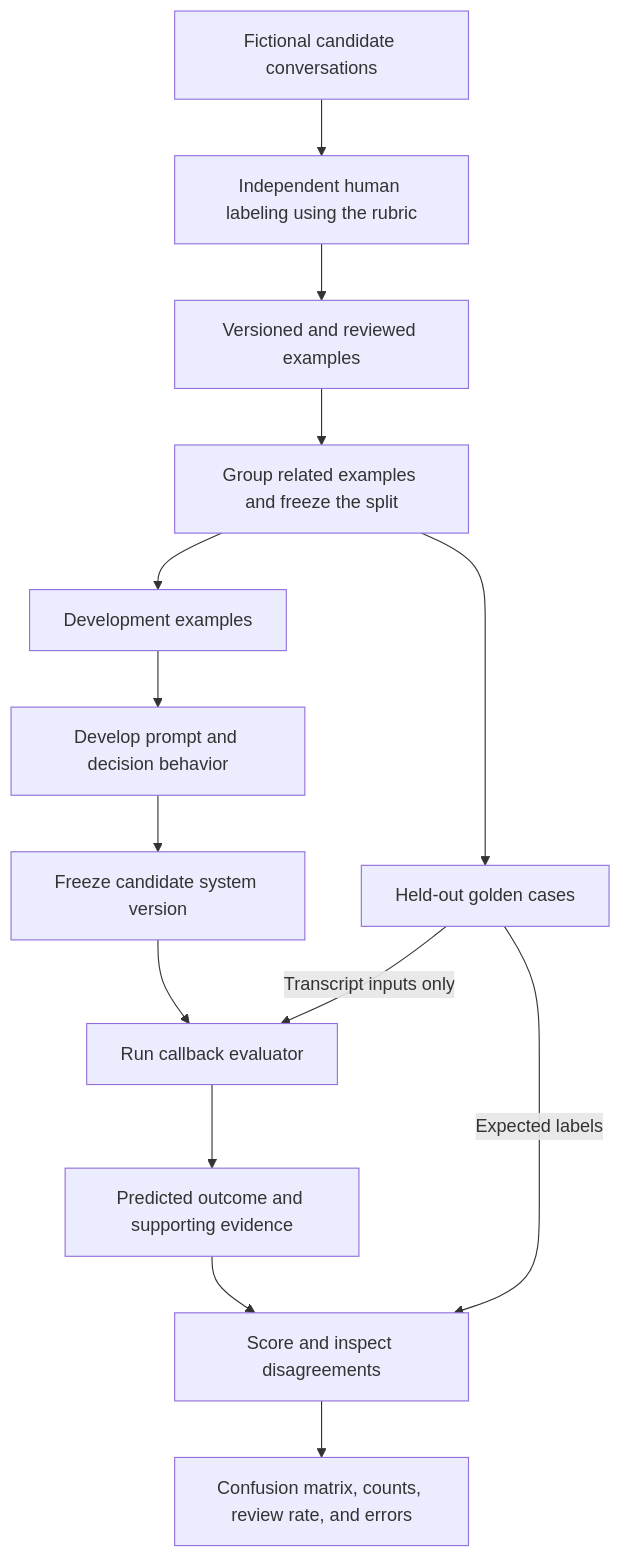
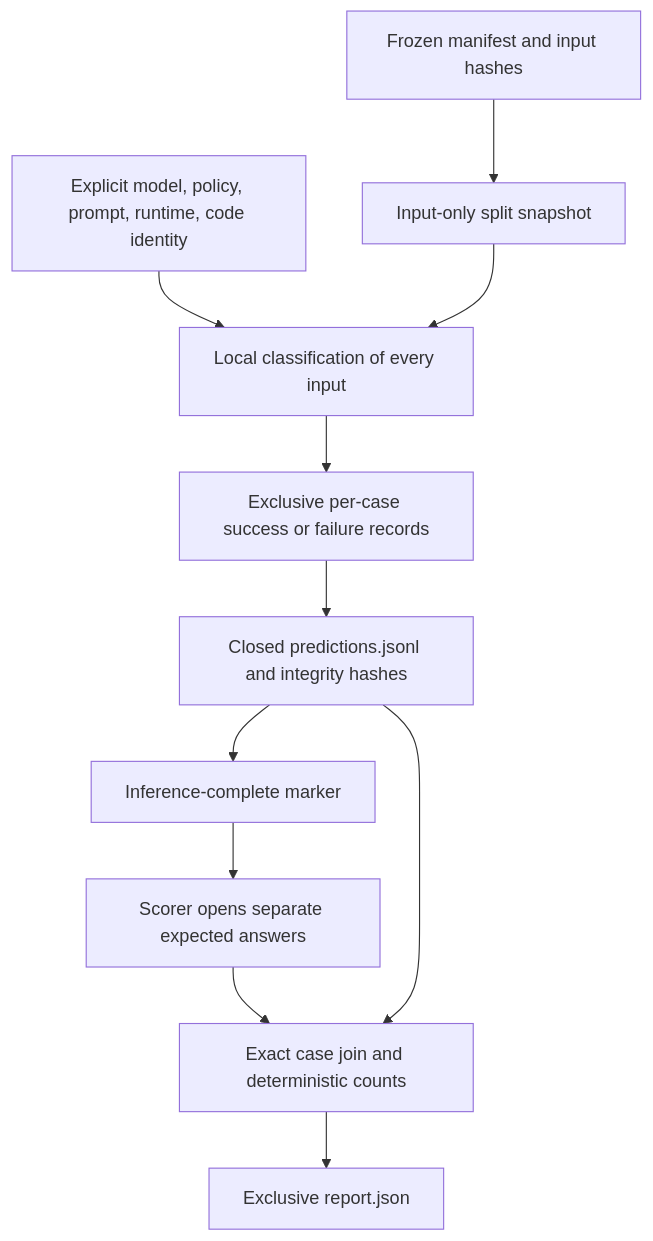
The first of 2 diagrams in docs/EVALUATION.md (aidevcode9/voice-callback-review), drawn with Mermaid before and after one commit. The commit also changed other lines of this file and 19 other files, not shown here.

````diff
--- a/docs/EVALUATION.md
+++ b/docs/EVALUATION.md
@@ -5,16 +13,13 @@
 ```mermaid
 flowchart TD
-    Candidates["Fictional candidate conversations"] --> Label["Independent human labeling using the rubric"]
-    Label --> Dataset["Versioned and reviewed examples"]
-    Dataset --> Split["Group related examples and freeze the split"]
-    Split --> Dev["Development examples"]
-    Split --> Gold["Held-out golden cases"]
-    Dev --> Design["Develop prompt and decision behavior"]
-    Design --> Freeze["Freeze candidate system version"]
-    Freeze --> Run["Run callback evaluator"]
-    Gold -->|Transcript inputs only| Run
-    Run --> Outputs["Predicted outcome and supporting evidence"]
-    Gold -->|Expected labels| Score["Score and inspect disagreements"]
-    Outputs --> Score
-    Score --> Report["Confusion matrix, counts, review rate, and errors"]
+    Manifest["Frozen manifest and input hashes"] --> Inputs["Input-only split snapshot"]
+    System["Explicit model, policy, prompt, runtime, code identity"] --> Predict["Local classification of every input"]
+    Inputs --> Predict
+    Predict --> Runs["Exclusive per-case success or failure records"]
+    Runs --> Predictions["Closed predictions.jsonl and integrity hashes"]
+    Predictions --> Complete["Inference-complete marker"]
+    Complete --> Answers["Scorer opens separate expected answers"]
+    Answers --> Score["Exact case join and deterministic counts"]
+    Predictions --> Score
+    Score --> Report["Exclusive report.json"]
 ```
````
